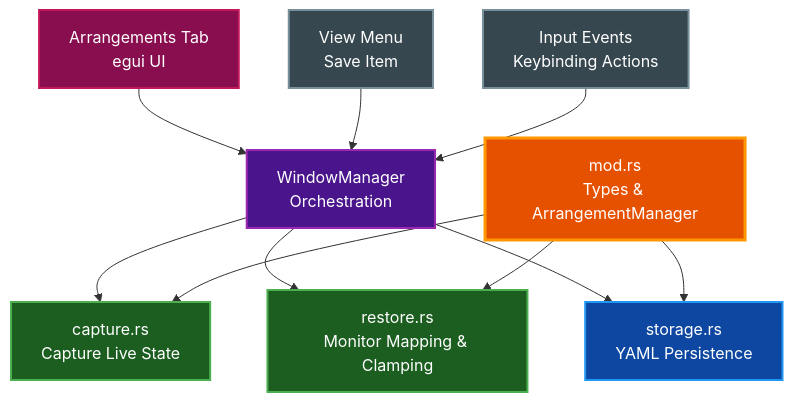
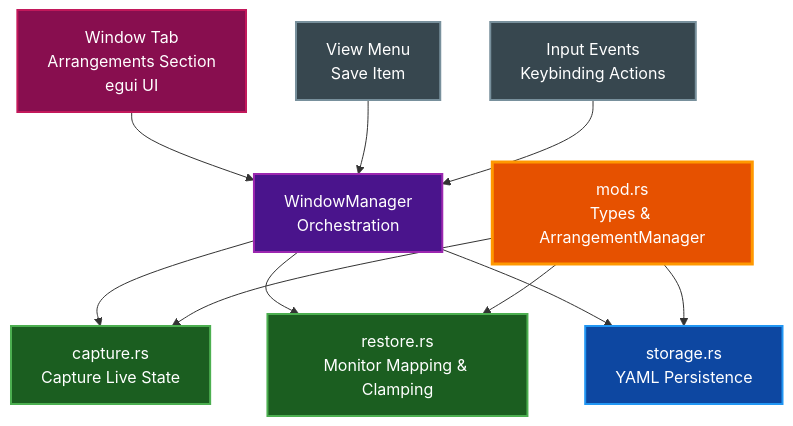
Before and after one commit to paulrobello/par-term: the third of 3 diagrams in docs/ARRANGEMENTS.md, drawn with Mermaid. The commit also changed other lines of this file and 23 other files, not shown here.

````diff
--- a/docs/ARRANGEMENTS.md
+++ b/docs/ARRANGEMENTS.md
@@ -293,30 +293,30 @@
 ```mermaid
 graph TD
     Mod[mod.rs<br/>Types & ArrangementManager]
     Capture[capture.rs<br/>Capture Live State]
     Restore[restore.rs<br/>Monitor Mapping & Clamping]
     Storage[storage.rs<br/>YAML Persistence]
     WinMgr[WindowManager<br/>Orchestration]
-    SettingsUI[Arrangements Tab<br/>egui UI]
+    SettingsUI[Window Tab<br/>Arrangements Section<br/>egui UI]
     Menu[View Menu<br/>Save Item]
     Input[Input Events<br/>Keybinding Actions]
 
     WinMgr --> Capture
     WinMgr --> Restore
     WinMgr --> Storage
     SettingsUI --> WinMgr
     Menu --> WinMgr
     Input --> WinMgr
     Mod --> Capture
     Mod --> Restore
     Mod --> Storage
 
     style Mod fill:#e65100,stroke:#ff9800,stroke-width:3px,color:#ffffff
     style Capture fill:#1b5e20,stroke:#4caf50,stroke-width:2px,color:#ffffff
     style Restore fill:#1b5e20,stroke:#4caf50,stroke-width:2px,color:#ffffff
     style Storage fill:#0d47a1,stroke:#2196f3,stroke-width:2px,color:#ffffff
     style WinMgr fill:#4a148c,stroke:#9c27b0,stroke-width:2px,color:#ffffff
     style SettingsUI fill:#880e4f,stroke:#c2185b,stroke-width:2px,color:#ffffff
     style Menu fill:#37474f,stroke:#78909c,stroke-width:2px,color:#ffffff
     style Input fill:#37474f,stroke:#78909c,stroke-width:2px,color:#ffffff
 ```
````
